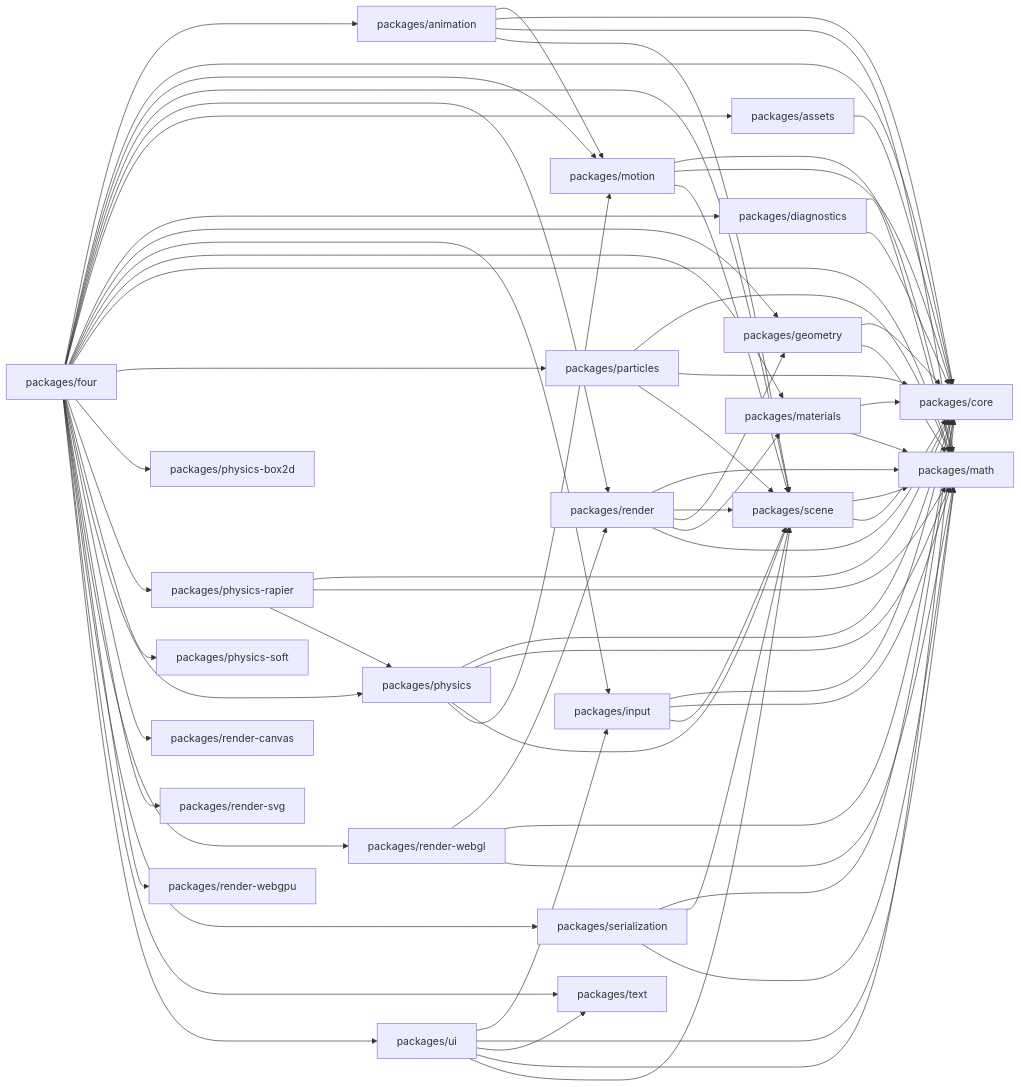
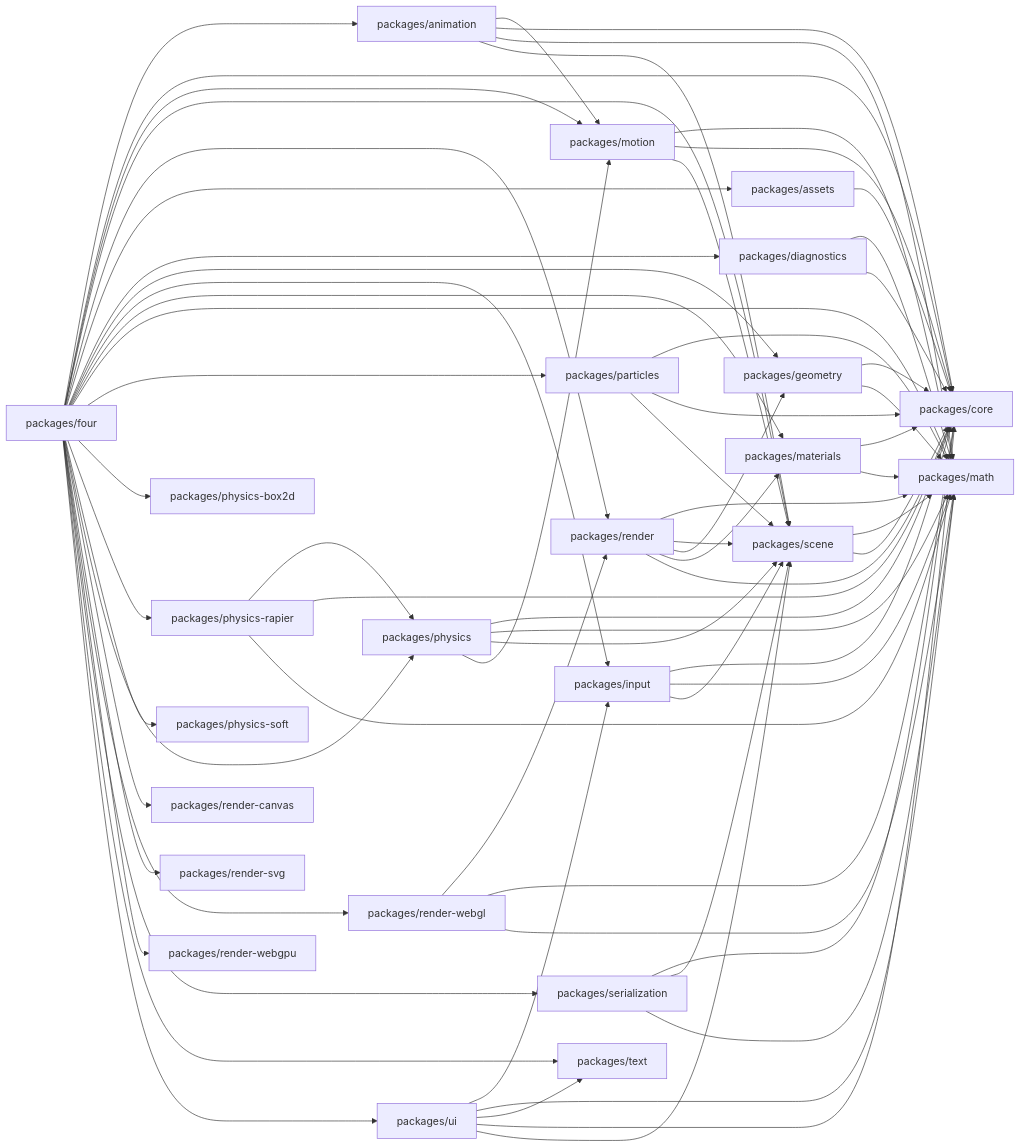
Before and after one commit to danielsimonjr/four.js: the first of 2 diagrams in docs/Architecture/DEPENDENCY_GRAPH.md, drawn with Mermaid. The commit also changed other lines of this file and 11 other files, not shown here.

First line of the commit message:
chore(graph): regenerate docs/Architecture after the review sweep — all findings remain zero

```diff
--- a/docs/Architecture/DEPENDENCY_GRAPH.md
+++ b/docs/Architecture/DEPENDENCY_GRAPH.md
@@ -178,9 +178,9 @@
     P11 --> P8
     P11 --> P20
     P11 --> P9
+    P13 --> P11
     P13 --> P2
     P13 --> P8
-    P13 --> P11
     P15 --> P8
     P15 --> P20
     P15 --> P5
```
